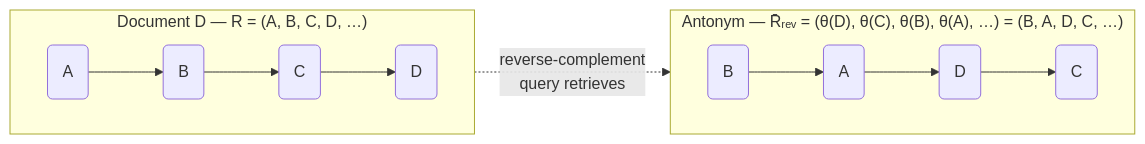
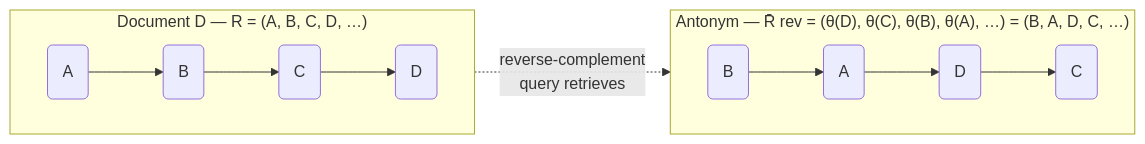
Before and after one commit to devlux76/q2: the fourth of 5 diagrams in PREDICTIONS.md, drawn with Mermaid. The commit also changed other lines of this file and 3 other files, not shown here.

````diff
--- a/PREDICTIONS.md
+++ b/PREDICTIONS.md
@@ -303,12 +303,12 @@
 ```mermaid
 graph LR
     subgraph DocD["Document D — R = (A, B, C, D, …)"]
         direction LR
         d0("A") --> d1("B") --> d2("C") --> d3("D")
     end
-    subgraph Antonym["Antonym — R̄ᵣₑᵥ = (θ(D), θ(C), θ(B), θ(A), …) = (B, A, D, C, …)"]
+    subgraph Antonym["Antonym — R̄ rev = (θ(D), θ(C), θ(B), θ(A), …) = (B, A, D, C, …)"]
         direction LR
         a0("B") --> a1("A") --> a2("D") --> a3("C")
     end
     DocD -. "reverse-complement\nquery retrieves" .-> Antonym
 ```
````
